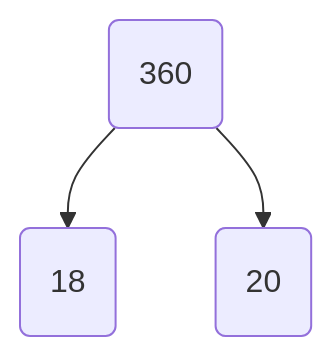
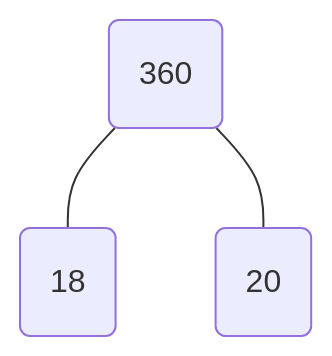
The second of 11 diagrams in chapters/Unit_1/1.2_Factors_Multiples_&_Prime_Factorization.qmd (tinkermeister-42/Algebra1), drawn with Mermaid before and after one commit. The commit also changed other lines of this file and 17 other files, not shown here.

````diff
--- a/chapters/Unit_1/1.2_Factors_Multiples_&_Prime_Factorization.qmd
+++ b/chapters/Unit_1/1.2_Factors_Multiples_&_Prime_Factorization.qmd
@@ -127,11 +129,11 @@
 ```{mermaid}
 %%| label: fig-mermaid-diagram
 %%| fit-align: center
 %%| fig-cap: " "
 flowchart TB
     node_0("360")
     node_1_0_1("18")
-    node_0 --> node_1_0_1
+    node_0 --- node_1_0_1
     node_1_1_1("20")
-    node_0 --> node_1_1_1
+    node_0 --- node_1_1_1
 ```
````
